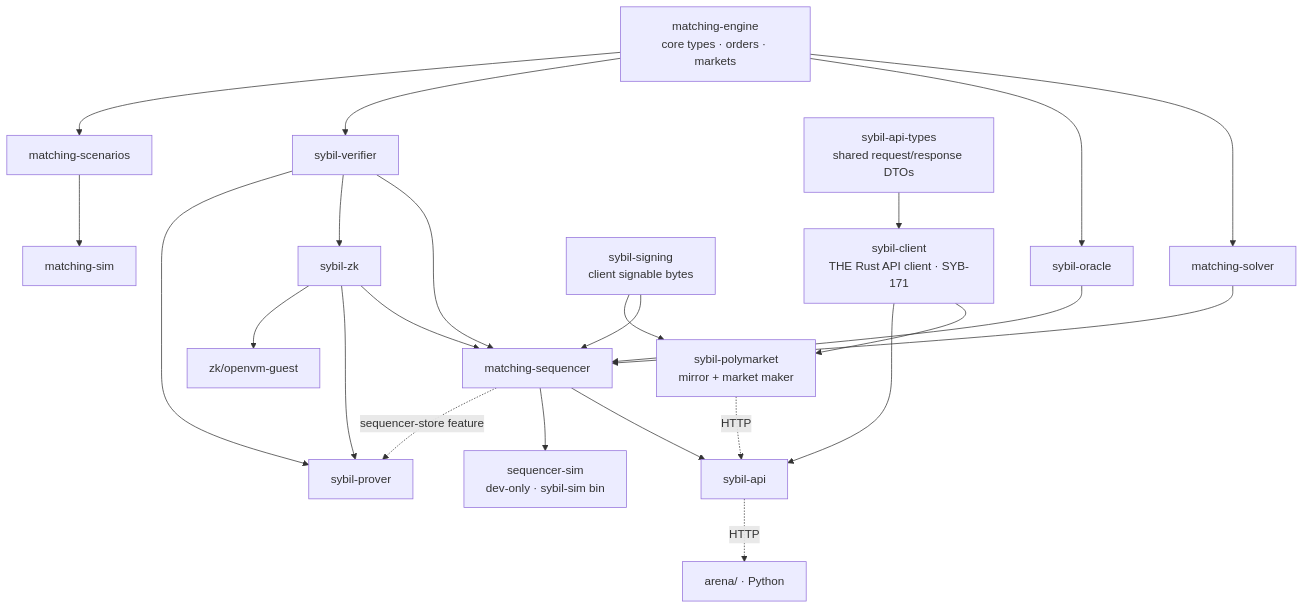
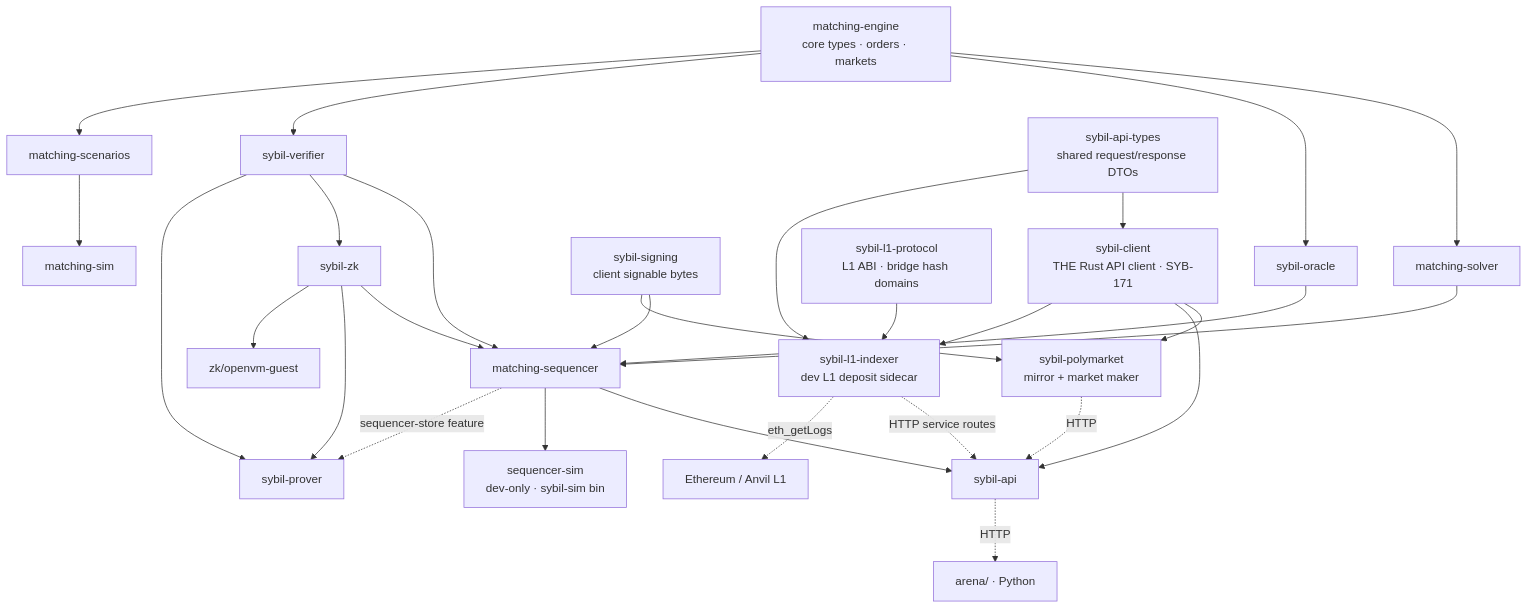
The diagram in docs/architecture/Crate Dependency Map.md (MetaB0y/sybil), drawn with Mermaid before and after one commit. The commit also changed other lines of this file and 21 other files, not shown here.

First line of the commit message:
feat(l1): sybil-l1-indexer + sybil-l1-protocol + signed bridge withdrawals (SYB-205)

````diff
--- a/docs/architecture/Crate Dependency Map.md
+++ b/docs/architecture/Crate Dependency Map.md
@@ -28,32 +30,37 @@
 ```mermaid
 graph TB
     ENGINE["matching-engine<br/>core types · orders · markets"]
 
     ENGINE --> SOLVER["matching-solver"]
     ENGINE --> ORACLE["sybil-oracle"]
     ENGINE --> VERIFIER["sybil-verifier"]
     ENGINE --> SCENARIOS["matching-scenarios"]
 
     SOLVER --> SEQ["matching-sequencer"]
     ORACLE --> SEQ
     VERIFIER --> SEQ
     ZK --> SEQ
 
     SEQ --> API["sybil-api"]
     SEQ --> SEQSIM["sequencer-sim<br/>dev-only · sybil-sim bin"]
     API -.->|"HTTP"| ARENA["arena/ · Python"]
 
     SCENARIOS --> SIM["matching-sim"]
     VERIFIER --> ZK["sybil-zk"]
     VERIFIER --> PROVER["sybil-prover"]
     ZK --> PROVER
     SEQ -.->|"sequencer-store feature"| PROVER
     ZK --> OPENVM["zk/openvm-guest"]
 
     SIGNING["sybil-signing<br/>client signable bytes"] --> SEQ
     SIGNING --> POLY
     TYPES["sybil-api-types<br/>shared request/response DTOs"] --> CLIENT["sybil-client<br/>THE Rust API client · SYB-171"]
     CLIENT --> POLY["sybil-polymarket<br/>mirror + market maker"]
     CLIENT --> API
     POLY -.->|"HTTP"| API
+    L1PROTO["sybil-l1-protocol<br/>L1 ABI · bridge hash domains"] --> L1INDEXER["sybil-l1-indexer<br/>dev L1 deposit sidecar"]
+    TYPES --> L1INDEXER
+    CLIENT --> L1INDEXER
+    L1INDEXER -.->|"HTTP service routes"| API
+    L1INDEXER -.->|"eth_getLogs"| L1["Ethereum / Anvil L1"]
 ```
````
